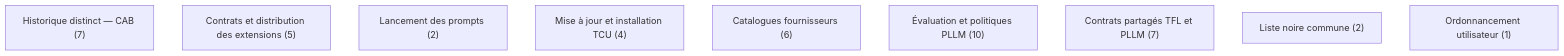
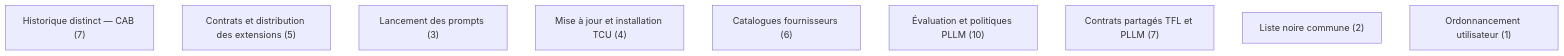
Before and after one commit to AzenorPixs/tools-codex: the first of 2 diagrams in DEVELOPMENT_MAP.md, drawn with Mermaid. The commit also changed other lines of this file and 2 other files, not shown here.

````diff
--- a/DEVELOPMENT_MAP.md
+++ b/DEVELOPMENT_MAP.md
@@ -35,12 +38,12 @@
 ```mermaid
 flowchart TB
   GCAB["Historique distinct — CAB (7)"]
   GEXT["Contrats et distribution des extensions (5)"]
-  GPRM["Lancement des prompts (2)"]
+  GPRM["Lancement des prompts (3)"]
   GUPD["Mise à jour et installation TCU (4)"]
   GTFL["Catalogues fournisseurs (6)"]
   GPLL["Évaluation et politiques PLLM (10)"]
   GLLM["Contrats partagés TFL et PLLM (7)"]
   GLM["Liste noire commune (2)"]
   GSCH["Ordonnancement utilisateur (1)"]
 ```
````
